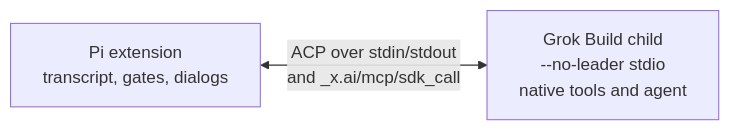
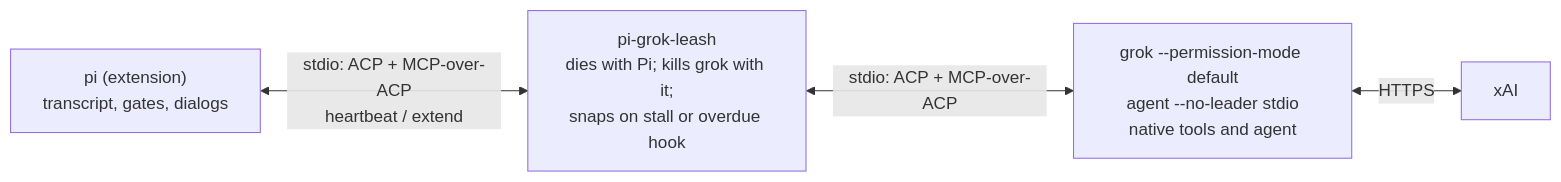
One commit to JangMan-J/pi-grok-agent changed the diagram in docs/architecture-diagram.md. Above: the diagram before and after it, drawn with Mermaid. The commit also changed other lines of this file and 8 other files, not shown here.

````diff
--- a/docs/architecture-diagram.md
+++ b/docs/architecture-diagram.md
@@ -5,6 +5,10 @@
 ```mermaid
 flowchart LR
-    PI["Pi extension<br/>transcript, gates, dialogs"]
-    GK["Grok Build child<br/>--no-leader stdio<br/>native tools and agent"]
-    PI <-->|"ACP over stdin/stdout<br/>and _x.ai/mcp/sdk_call"| GK
+    PI["pi (extension)<br/>transcript, gates, dialogs"]
+    LS["pi-grok-leash<br/>dies with Pi; kills grok with it;<br/>snaps on stall or overdue hook"]
+    GK["grok --permission-mode default<br/>agent --no-leader stdio<br/>native tools and agent"]
+    XA["xAI"]
+    PI <-->|"stdio: ACP + MCP-over-ACP<br/>heartbeat / extend"| LS
+    LS <-->|"stdio: ACP + MCP-over-ACP"| GK
+    GK <-->|"HTTPS"| XA
 ```
````
